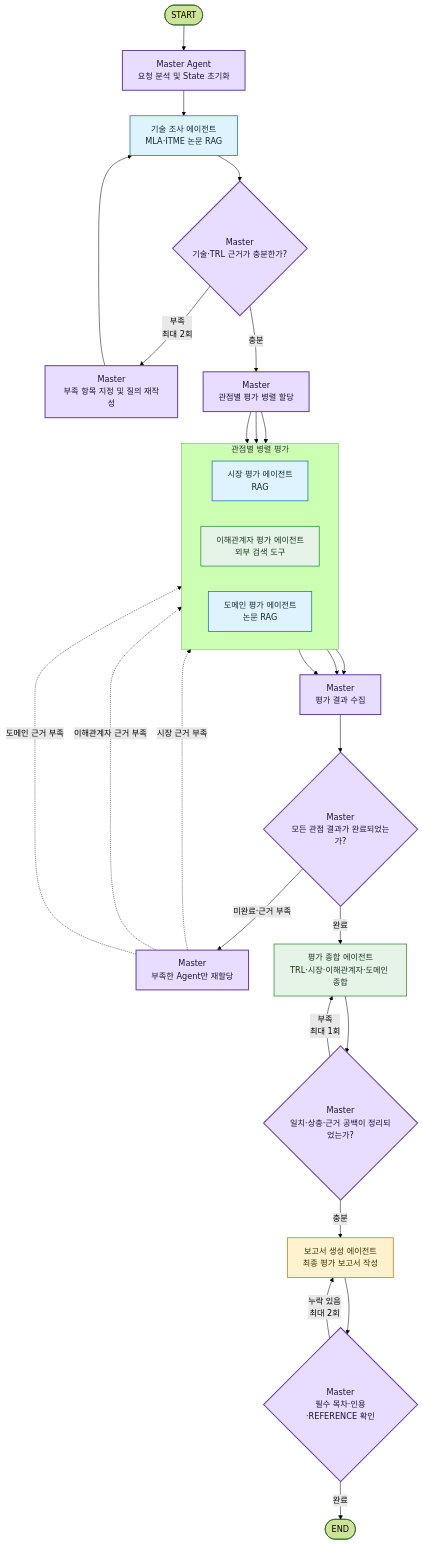
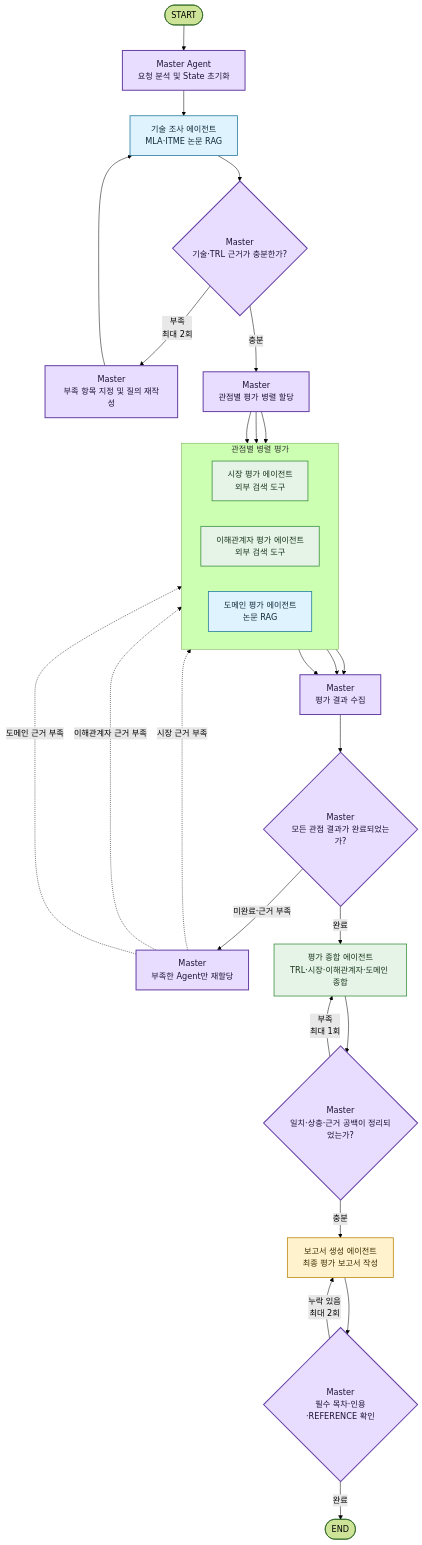
One commit to gyudren/kv-cache-optimization changed the diagram in README.md. Above: the diagram before and after it, drawn with Mermaid (forest theme). The commit also changed other lines of this file and 9 other files, not shown here.

````diff
--- a/README.md
+++ b/README.md
@@ -44,56 +46,56 @@
 ```mermaid
 flowchart TD
     START([START]) --> SUP_INIT["Master Agent<br/>요청 분석 및 State 초기화"]
 
     SUP_INIT --> TECH["기술 조사 에이전트<br/>MLA·ITME 논문 RAG"]
     TECH --> SUP_TECH{"Master<br/>기술·TRL 근거가 충분한가?"}
 
     SUP_TECH -- "부족<br/>최대 2회" --> QUERY_REWRITE["Master<br/>부족 항목 지정 및 질의 재작성"]
     QUERY_REWRITE --> TECH
 
     SUP_TECH -- "충분" --> SUP_FANOUT["Master<br/>관점별 평가 병렬 할당"]
 
     subgraph PARALLEL["관점별 병렬 평가"]
         direction LR
-        MARKET["시장 평가 에이전트<br/>RAG"]
+        MARKET["시장 평가 에이전트<br/>외부 검색 도구"]
         STAKEHOLDER["이해관계자 평가 에이전트<br/>외부 검색 도구"]
         DOMAIN["도메인 평가 에이전트<br/>논문 RAG"]
     end
 
     SUP_FANOUT --> MARKET
     SUP_FANOUT --> STAKEHOLDER
     SUP_FANOUT --> DOMAIN
 
     MARKET --> SUP_JOIN["Master<br/>평가 결과 수집"]
     STAKEHOLDER --> SUP_JOIN
     DOMAIN --> SUP_JOIN
 
     SUP_JOIN --> RESULT_GATE{"Master<br/>모든 관점 결과가 완료되었는가?"}
 
     RESULT_GATE -- "미완료·근거 부족" --> RETRY["Master<br/>부족한 Agent만 재할당"]
     RETRY -. "시장 근거 부족" .-> MARKET
     RETRY -. "이해관계자 근거 부족" .-> STAKEHOLDER
     RETRY -. "도메인 근거 부족" .-> DOMAIN
 
     RESULT_GATE -- "완료" --> SYNTHESIS["평가 종합 에이전트<br/>TRL·시장·이해관계자·도메인 종합"]
 
     SYNTHESIS --> SUP_SYNTHESIS{"Master<br/>일치·상충·근거 공백이 정리되었는가?"}
 
     SUP_SYNTHESIS -- "부족<br/>최대 1회" --> SYNTHESIS
     SUP_SYNTHESIS -- "충분" --> REPORT["보고서 생성 에이전트<br/>최종 평가 보고서 작성"]
 
     REPORT --> SUP_FINAL{"Master<br/>필수 목차·인용·REFERENCE 확인"}
 
     SUP_FINAL -- "누락 있음<br/>최대 2회" --> REPORT
     SUP_FINAL -- "완료" --> END([END])
 
     classDef Master fill:#e8ddff,stroke:#6842a6,stroke-width:2px,color:#1f1235;
     classDef rag fill:#dff3ff,stroke:#20789d,stroke-width:1.5px,color:#102b38;
     classDef evaluation fill:#e6f4e8,stroke:#388e3c,stroke-width:1.5px,color:#18351a;
     classDef report fill:#fff2cc,stroke:#b8860b,stroke-width:1.5px,color:#3d2f00;
 
     class SUP_INIT,SUP_TECH,QUERY_REWRITE,SUP_FANOUT,SUP_JOIN,RESULT_GATE,RETRY,SUP_SYNTHESIS,SUP_FINAL Master;
-    class TECH,MARKET,DOMAIN rag;
-    class STAKEHOLDER,SYNTHESIS evaluation;
+    class TECH,DOMAIN rag;
+    class MARKET,STAKEHOLDER,SYNTHESIS evaluation;
     class REPORT report;
 ```
````
